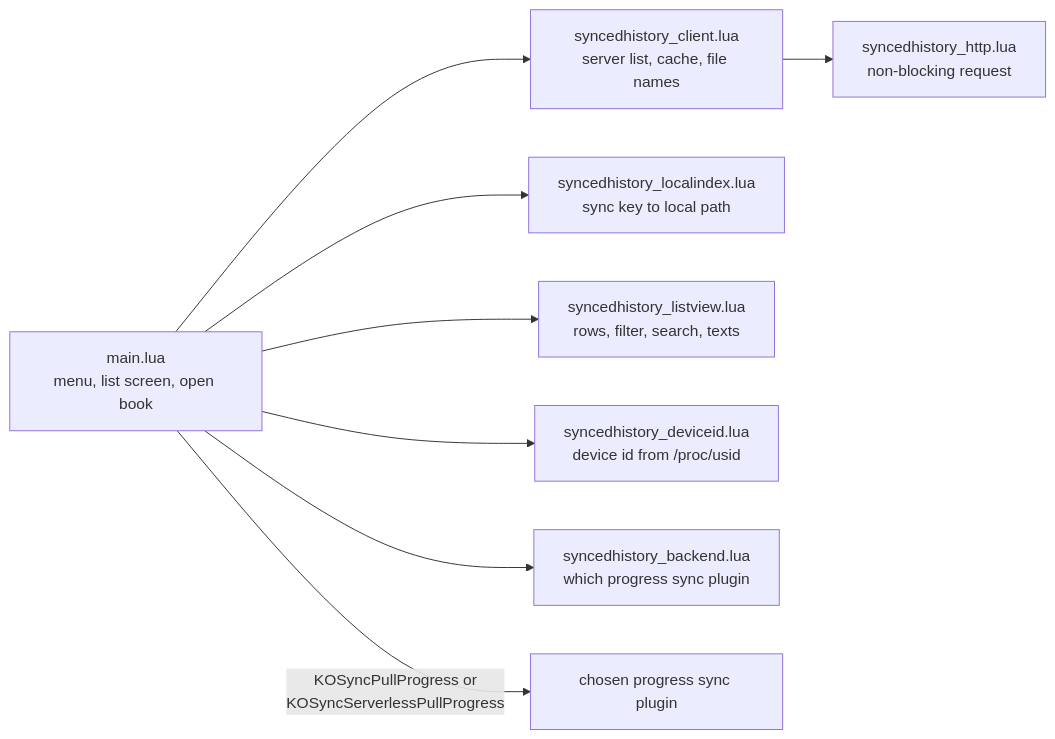
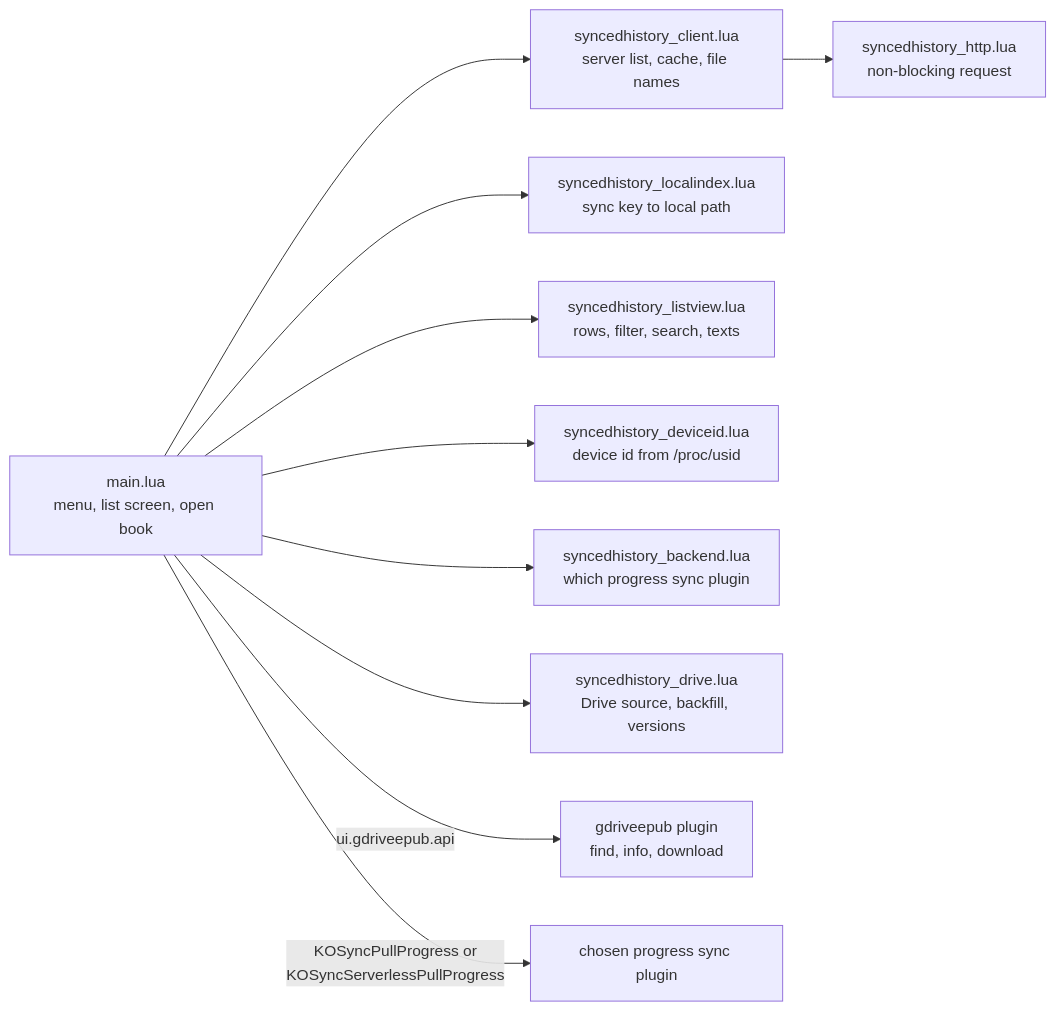
One commit to luutuankiet/koreader-ppw3 changed the first of 2 diagrams in docs/architecture/synced-reading-list.md. Above: the diagram before and after it, drawn with Mermaid. The commit also changed other lines of this file and 1 other file, not shown here.

Commit message:
Document Drive download, backfill and version checks in the synced reading list

````diff
--- a/docs/architecture/synced-reading-list.md
+++ b/docs/architecture/synced-reading-list.md
@@ -11,10 +11,12 @@
 ```mermaid
 flowchart LR
     M[main.lua<br/>menu, list screen, open book] --> C[syncedhistory_client.lua<br/>server list, cache, file names]
     C --> H[syncedhistory_http.lua<br/>non-blocking request]
     M --> I[syncedhistory_localindex.lua<br/>sync key to local path]
     M --> V[syncedhistory_listview.lua<br/>rows, filter, search, texts]
     M --> D[syncedhistory_deviceid.lua<br/>device id from /proc/usid]
     M --> B[syncedhistory_backend.lua<br/>which progress sync plugin]
+    M --> G[syncedhistory_drive.lua<br/>Drive source, backfill, versions]
+    M -->|ui.gdriveepub.api| GD[gdriveepub plugin<br/>find, info, download]
     M -->|KOSyncPullProgress or<br/>KOSyncServerlessPullProgress| K[chosen progress sync plugin]
 ```
````
